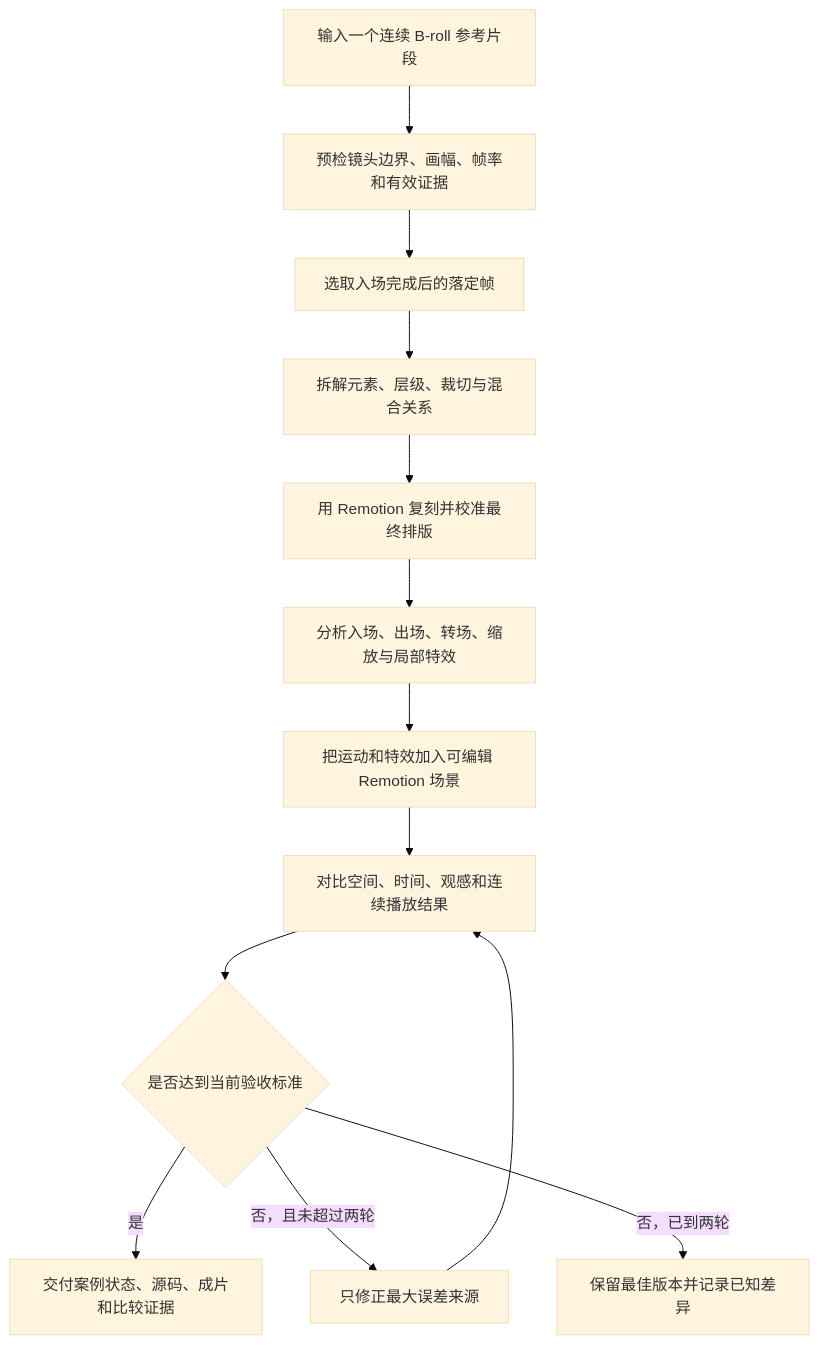
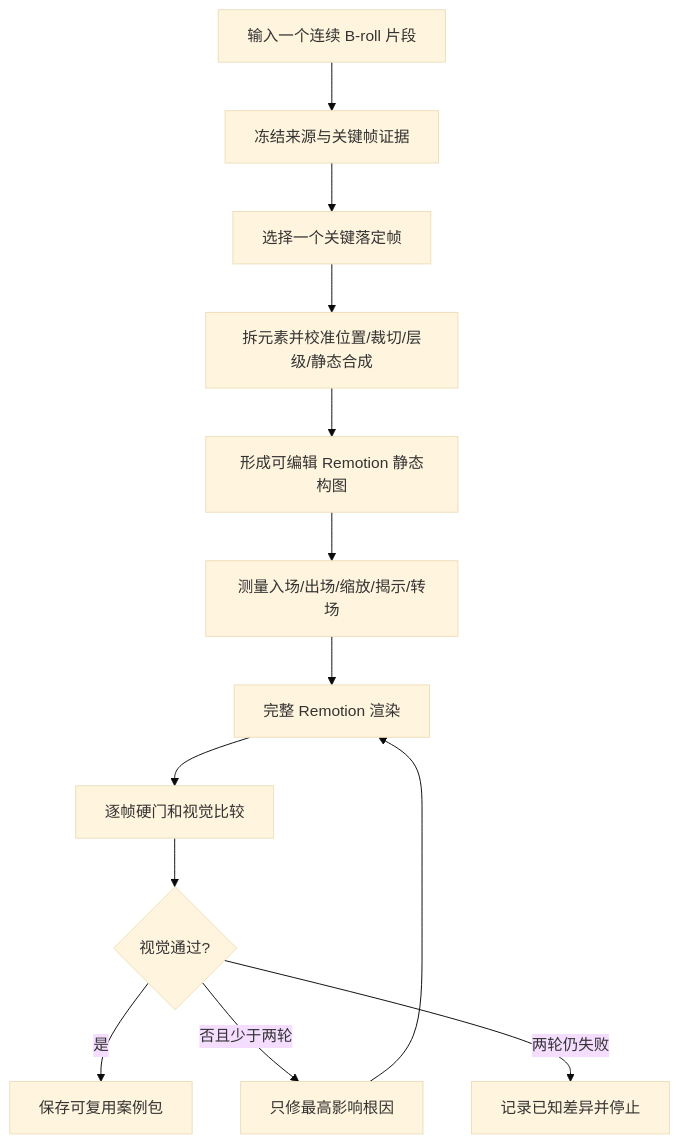
Before and after one commit to liaojianquan9-source/ljq-broll-video-generator: the diagram in README.md, drawn with Mermaid (base theme). The commit also changed other lines of this file and 72 other files, not shown here.

````diff
--- a/README.md
+++ b/README.md
@@ -11,15 +9,15 @@
 ```mermaid
 flowchart TD
-    A[输入一个连续 B-roll 参考片段] --> B[预检镜头边界、画幅、帧率和有效证据]
-    B --> C[选取入场完成后的落定帧]
-    C --> D[拆解元素、层级、裁切与混合关系]
-    D --> E[用 Remotion 复刻并校准最终排版]
-    E --> F[分析入场、出场、转场、缩放与局部特效]
-    F --> G[把运动和特效加入可编辑 Remotion 场景]
-    G --> H[对比空间、时间、观感和连续播放结果]
-    H --> I{是否达到当前验收标准}
-    I -->|是| J[交付案例状态、源码、成片和比较证据]
-    I -->|否，且未超过两轮| K[只修正最大误差来源]
-    K --> H
-    I -->|否，已到两轮| L[保留最佳版本并记录已知差异]
+    A[输入一个连续 B-roll 片段] --> B[冻结来源与关键帧证据]
+    B --> C[选择一个关键落定帧]
+    C --> D[拆元素并校准位置/裁切/层级/静态合成]
+    D --> E[形成可编辑 Remotion 静态构图]
+    E --> F[测量入场/出场/缩放/揭示/转场]
+    F --> G[完整 Remotion 渲染]
+    G --> H[逐帧硬门和视觉比较]
+    H --> I{视觉通过?}
+    I -->|是| J[保存可复用案例包]
+    I -->|否且少于两轮| K[只修最高影响根因]
+    K --> G
+    I -->|两轮仍失败| L[记录已知差异并停止]
 ```
````
